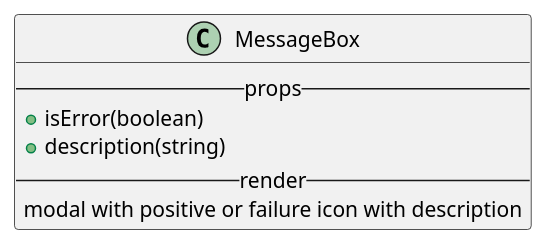
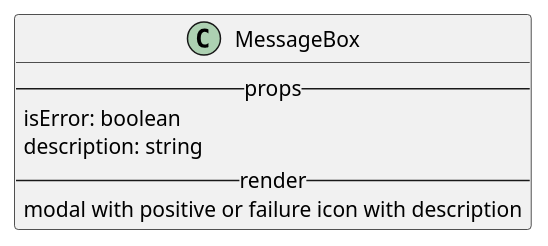
Before and after one commit to M9k/Marvin-Uml: the diagram in react/custom/messageBox.iuml, drawn with PlantUML. The commit also changed 4 other files, not shown here.

```diff
--- a/react/custom/messageBox.iuml
+++ b/react/custom/messageBox.iuml
@@ -1,7 +1,7 @@
 class MessageBox {
     --props--
-       + isError(boolean)
-       + description(string)
+       isError: boolean
+       description: string
     --render--
     modal with positive or failure icon with description
 }
```
